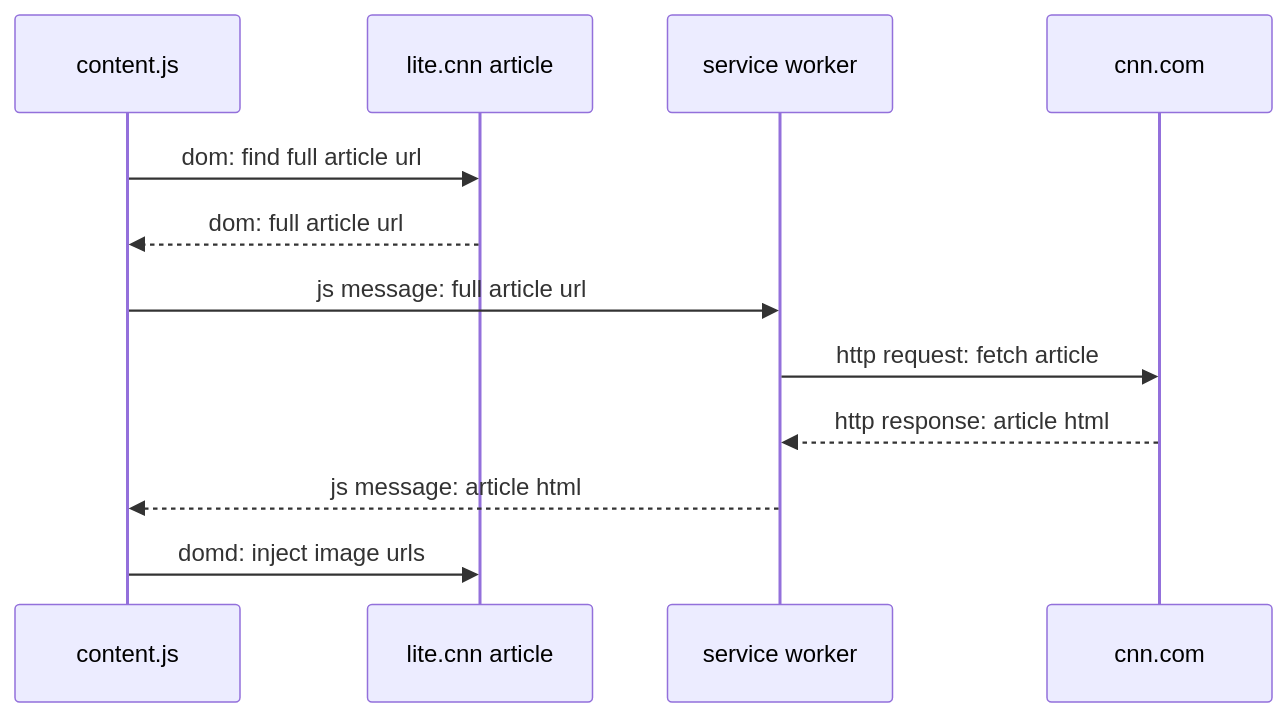
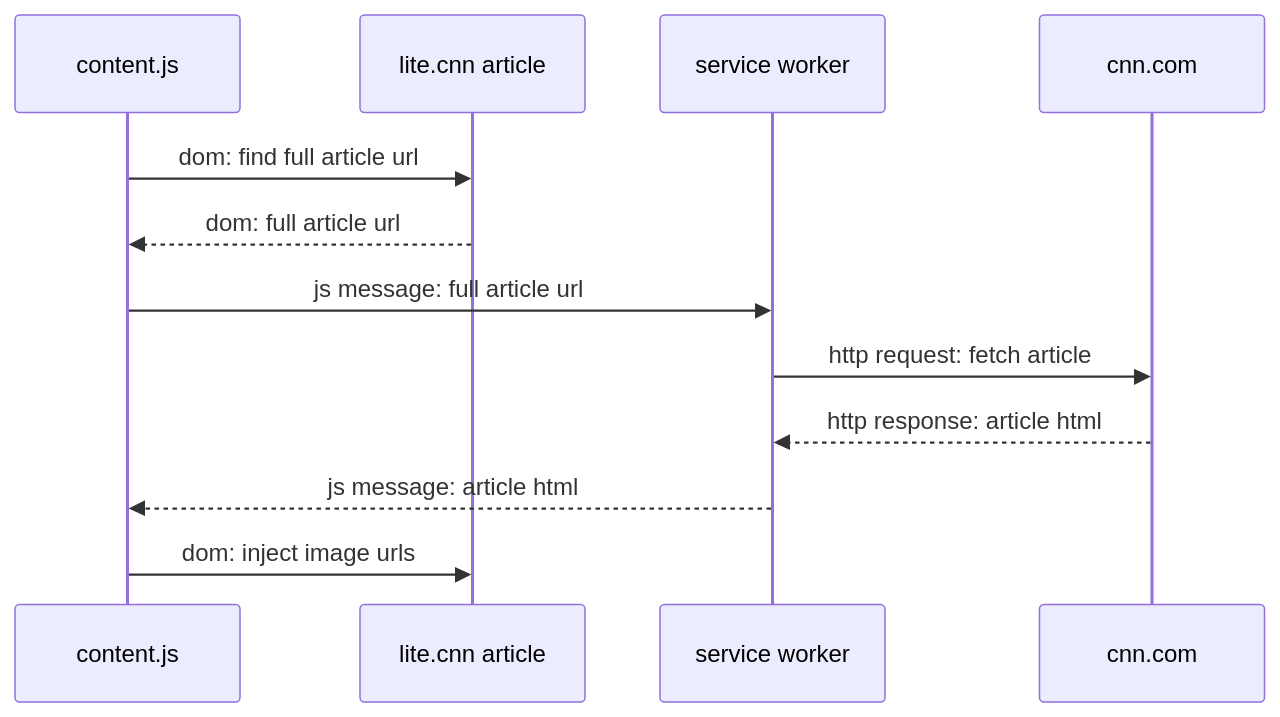
One commit to judell/cnnlite changed the diagram in README.md. Above: the diagram before and after it, drawn with Mermaid.

````diff
--- a/README.md
+++ b/README.md
@@ -25,16 +25,16 @@
 ```mermaid
 sequenceDiagram
     participant content.js
     participant lite.cnn article
     participant service worker
     participant cnn.com
 
     content.js ->> lite.cnn article: dom: find full article url
     lite.cnn article -->> content.js: dom: full article url
     content.js ->> service worker: js message: full article url
     service worker ->> cnn.com: http request: fetch article
     cnn.com -->> service worker: http response: article html
     service worker -->> content.js: js message: article html
-    content.js ->> lite.cnn article: domd: inject image urls
+    content.js ->> lite.cnn article: dom: inject image urls
 
 ```
````
